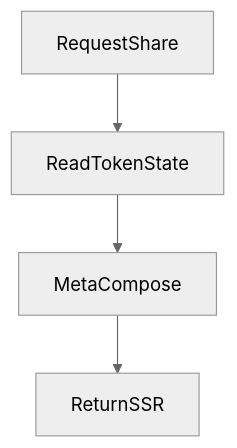
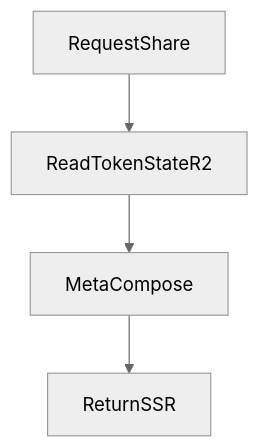
One commit to doom-protocol/doom-index changed the fourth of 6 diagrams in .kiro/specs/doom-index/design.md. Above: the diagram before and after it, drawn with Mermaid (neutral theme). The commit also changed other lines of this file and 25 other files, not shown here.

````diff
--- a/.kiro/specs/doom-index/design.md
+++ b/.kiro/specs/doom-index/design.md
@@ -116,6 +146,6 @@
 ```mermaid
 graph TB
-RequestShare --> ReadTokenState
-ReadTokenState --> MetaCompose
+RequestShare --> ReadTokenStateR2
+ReadTokenStateR2 --> MetaCompose
 MetaCompose --> ReturnSSR
 ```
````
